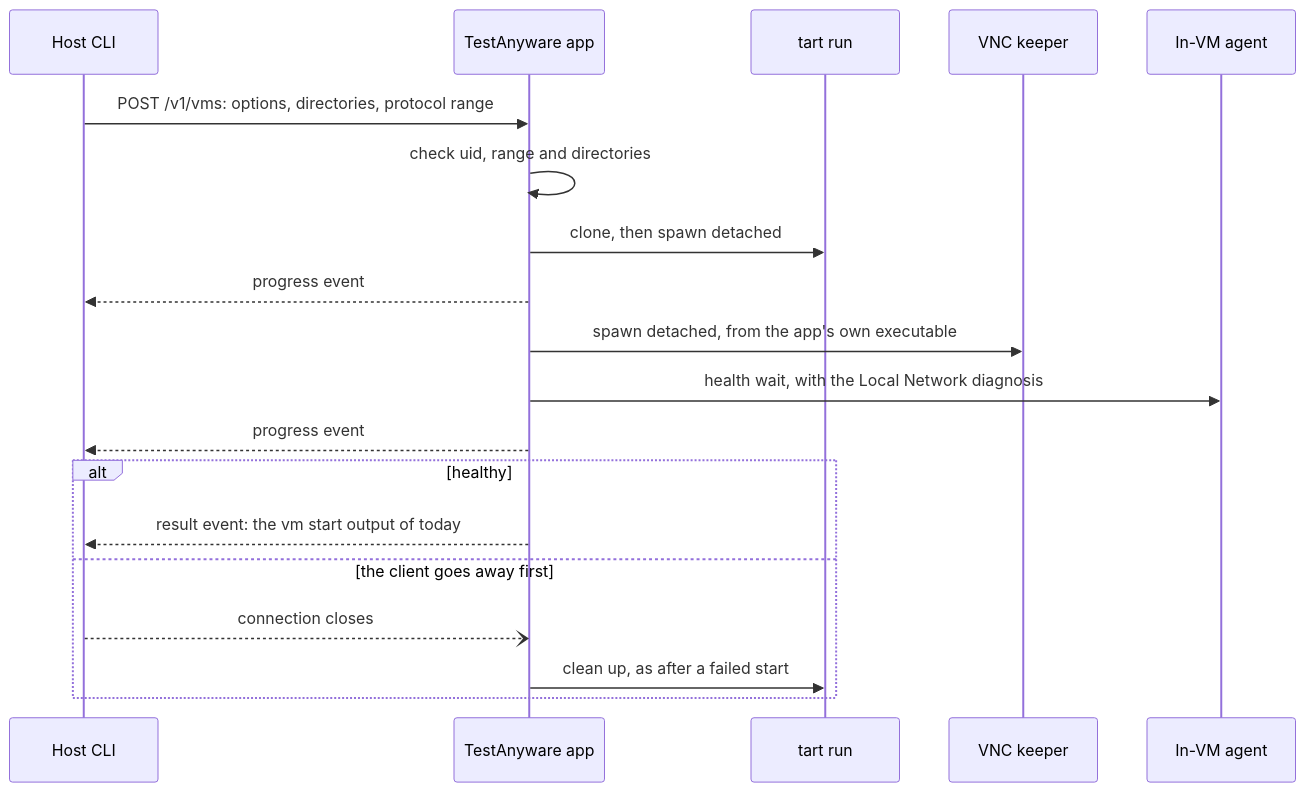
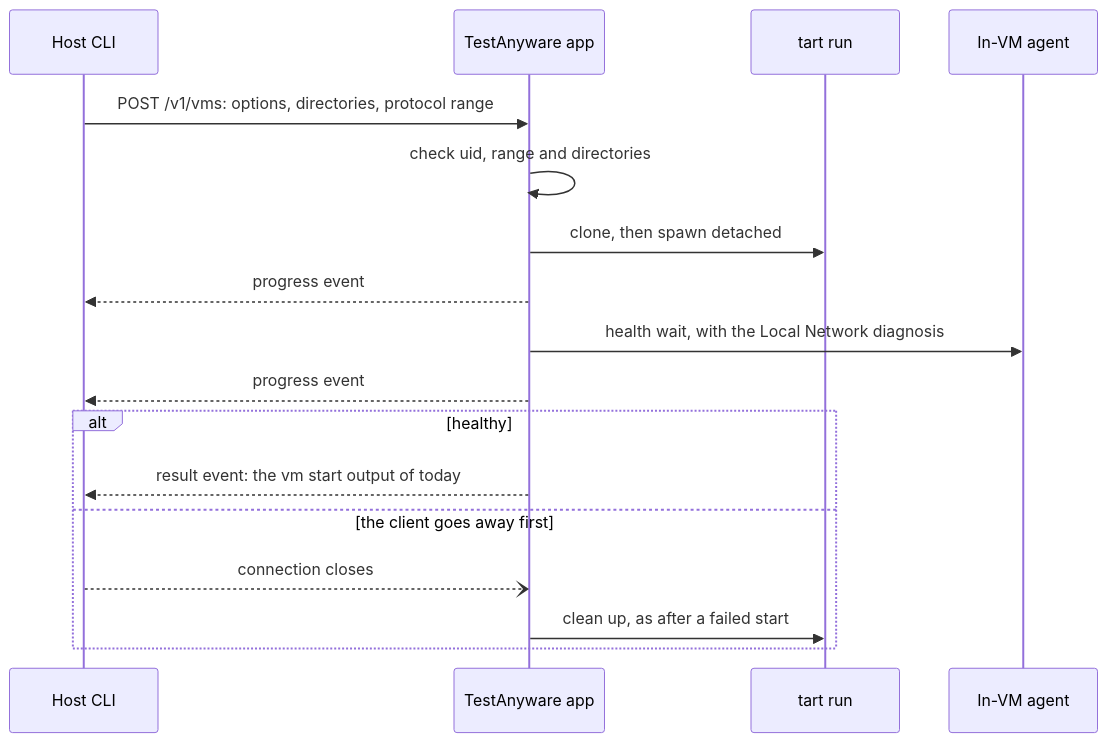
The sixth of 11 diagrams in docs/specs/testanyware-app.md (Linkuistics/TestAnyware), drawn with Mermaid before and after one commit. The commit also changed other lines of this file and 29 other files, not shown here.

First line of the commit message:
keeper-removal-code-k5: remove the VNC keeper and the VNC probe gate

````diff
--- a/docs/specs/testanyware-app.md
+++ b/docs/specs/testanyware-app.md
@@ -662,21 +659,19 @@
 ```mermaid
 sequenceDiagram
   participant C as Host CLI
   participant A as TestAnyware app
   participant T as tart run
-  participant K as VNC keeper
   participant G as In-VM agent
   C->>A: POST /v1/vms: options, directories, protocol range
   A->>A: check uid, range and directories
   A->>T: clone, then spawn detached
   A-->>C: progress event
-  A->>K: spawn detached, from the app's own executable
   A->>G: health wait, with the Local Network diagnosis
   A-->>C: progress event
   alt healthy
     A-->>C: result event: the vm start output of today
   else the client goes away first
     C--)A: connection closes
     A->>T: clean up, as after a failed start
   end
 ```
````
